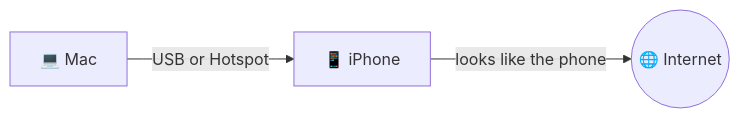
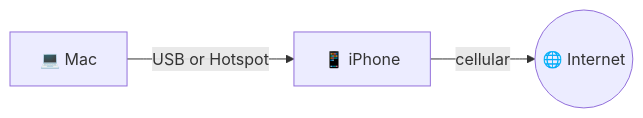
The diagram in README.md (devxoul/nothering), drawn with Mermaid before and after one commit. The commit also changed other lines of this file, not shown here.

````diff
--- a/README.md
+++ b/README.md
@@ -26,5 +26,5 @@
 ```mermaid
 flowchart LR
   M["💻 Mac"] -->|USB or Hotspot| P["📱 iPhone"]
-  P -->|looks like the phone| I(("🌐 Internet"))
+  P -->|cellular| I(("🌐 Internet"))
 ```
````
